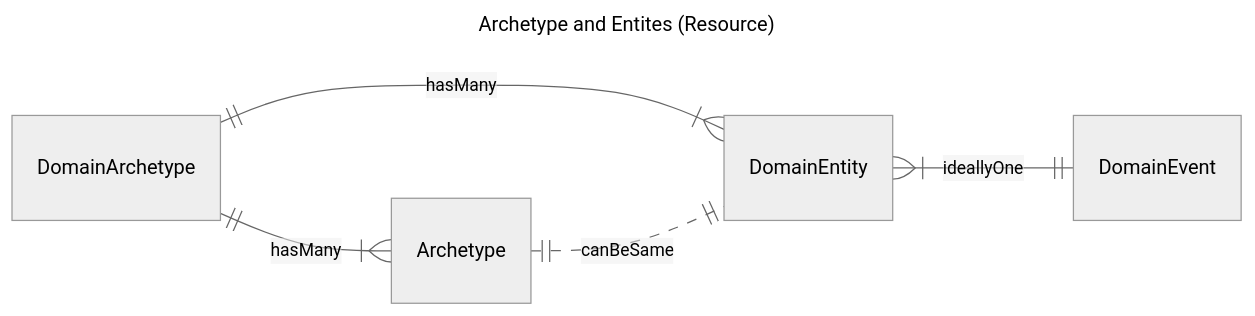
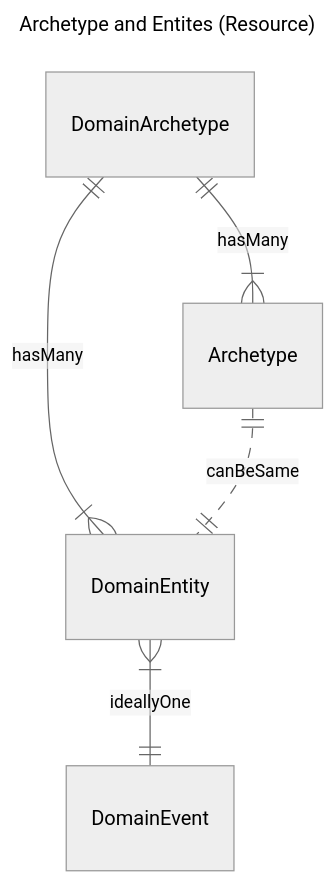
One commit to uk-gov-mirror/nw-gmsa.nw-gmsa.github.com changed the diagram in input/pagecontent/archetype-intro.md. Above: the diagram before and after it, drawn with Mermaid (neutral theme).

Commit message:
Diagnostic Implication

````diff
--- a/input/pagecontent/archetype-intro.md
+++ b/input/pagecontent/archetype-intro.md
@@ -21,11 +21,10 @@
 ```mermaid
 ---
 title: Archetype and Entites (Resource)
 ---
 erDiagram
-    direction LR;
     DomainArchetype ||--|{ DomainEntity : hasMany
     DomainArchetype ||--|{ Archetype : hasMany
     Archetype ||..|| DomainEntity : canBeSame
     DomainEntity }|--|| DomainEvent : ideallyOne
 ```
````
